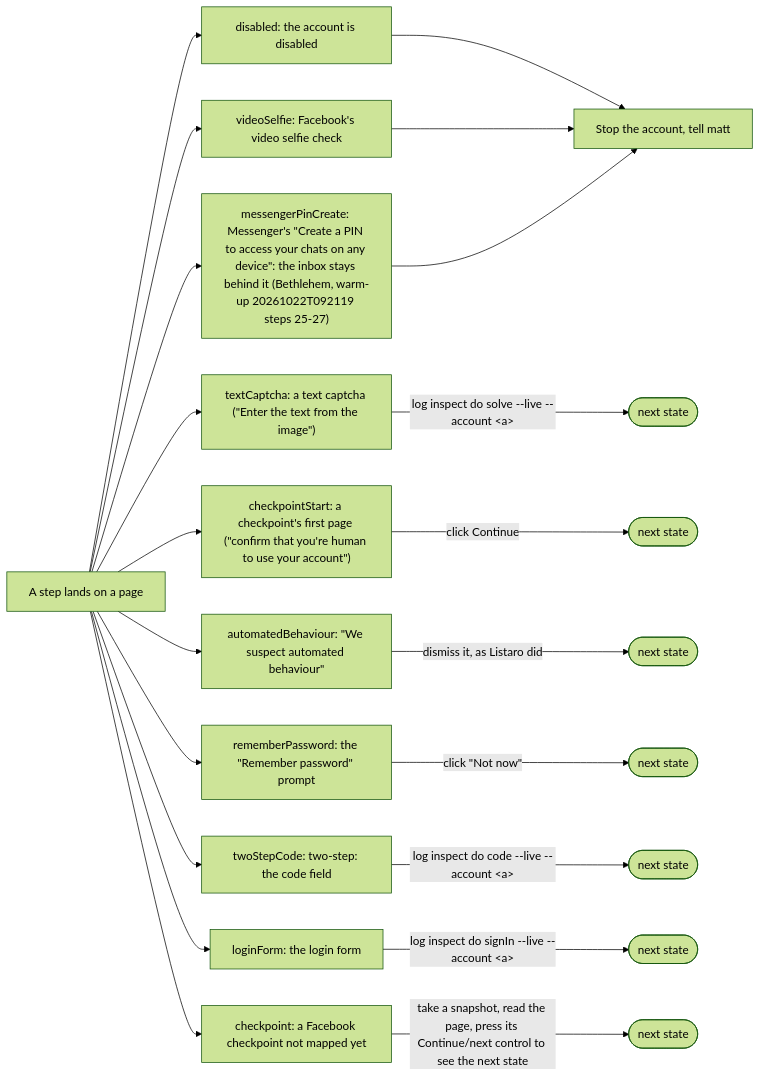
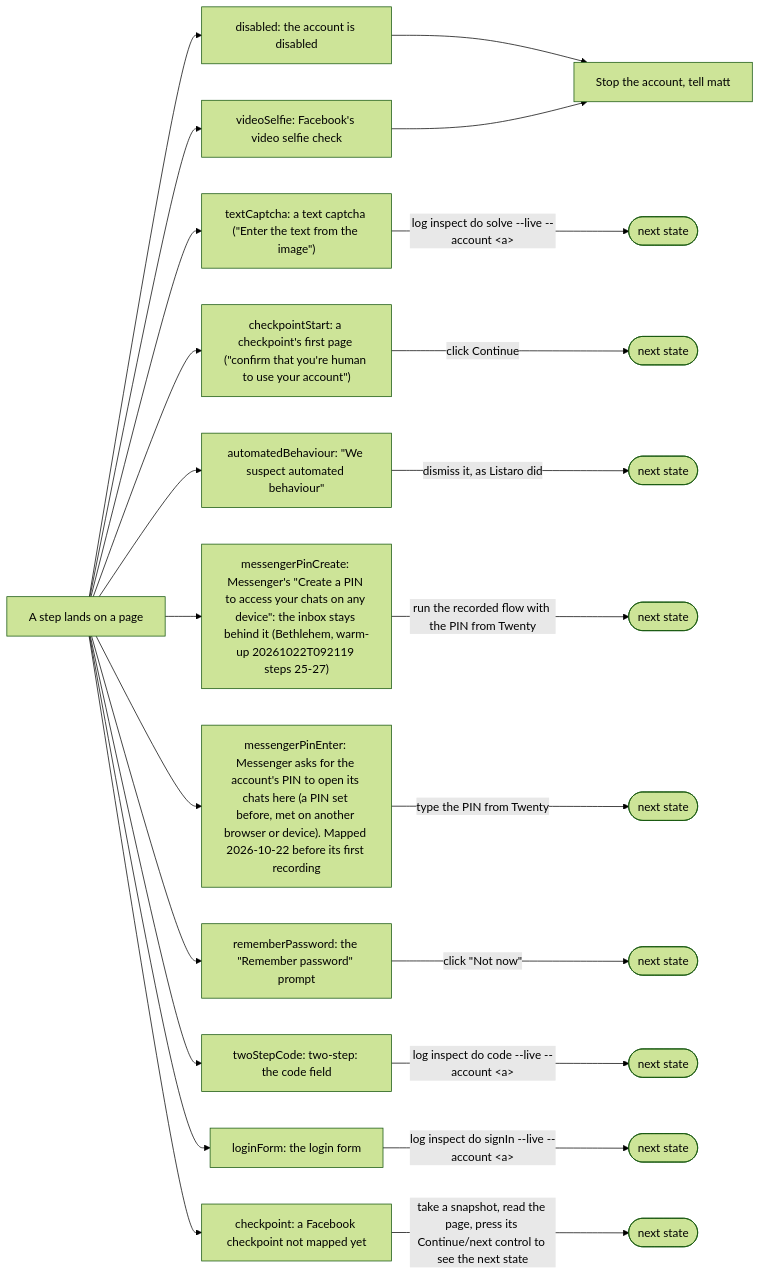
One commit to matthewdonsemail-lab/log changed the fifth of 5 diagrams in README.md. Above: the diagram before and after it, drawn with Mermaid (forest theme). The commit also changed 13 other files, not shown here.

Commit message:
feat: the hook resolves Messenger's PIN states with the recorded flow when the PIN is in Twenty, flags matt when not; Enter your PIN mapped (rule 67)

````diff
--- a/README.md
+++ b/README.md
@@ -413,35 +413,38 @@
 ```mermaid
 flowchart LR
   page["A step lands on a page"]
   person["Stop the account, tell matt"]
   disabled["disabled: the account is disabled"]
   page --> disabled
   disabled --> person
   videoSelfie["videoSelfie: Facebook's video selfie check"]
   page --> videoSelfie
   videoSelfie --> person
   textCaptcha["textCaptcha: a text captcha (#quot;Enter the text from the image#quot;)"]
   page --> textCaptcha
   textCaptcha -->|"log inspect do solve --live --account #lt;a#gt;"| nexttextCaptcha(["next state"])
   checkpointStart["checkpointStart: a checkpoint's first page (#quot;confirm that you're human to use your account#quot;)"]
   page --> checkpointStart
   checkpointStart -->|"click Continue"| nextcheckpointStart(["next state"])
   automatedBehaviour["automatedBehaviour: #quot;We suspect automated behaviour#quot;"]
   page --> automatedBehaviour
   automatedBehaviour -->|"dismiss it, as Listaro did"| nextautomatedBehaviour(["next state"])
   messengerPinCreate["messengerPinCreate: Messenger's #quot;Create a PIN to access your chats on any device#quot;: the inbox stays behind it (Bethlehem, warm-up 20261022T092119 steps 25-27)"]
   page --> messengerPinCreate
-  messengerPinCreate --> person
+  messengerPinCreate -->|"run the recorded flow with the PIN from Twenty"| nextmessengerPinCreate(["next state"])
+  messengerPinEnter["messengerPinEnter: Messenger asks for the account's PIN to open its chats here (a PIN set before, met on another browser or device). Mapped 2026-10-22 before its first recording"]
+  page --> messengerPinEnter
+  messengerPinEnter -->|"type the PIN from Twenty"| nextmessengerPinEnter(["next state"])
   rememberPassword["rememberPassword: the #quot;Remember password#quot; prompt"]
   page --> rememberPassword
   rememberPassword -->|"click #quot;Not now#quot;"| nextrememberPassword(["next state"])
   twoStepCode["twoStepCode: two-step: the code field"]
   page --> twoStepCode
   twoStepCode -->|"log inspect do code --live --account #lt;a#gt;"| nexttwoStepCode(["next state"])
   loginForm["loginForm: the login form"]
   page --> loginForm
   loginForm -->|"log inspect do signIn --live --account #lt;a#gt;"| nextloginForm(["next state"])
   checkpoint["checkpoint: a Facebook checkpoint not mapped yet"]
   page --> checkpoint
   checkpoint -->|"take a snapshot, read the page, press its Continue/next control to see the next state"| nextcheckpoint(["next state"])
 ```
````
